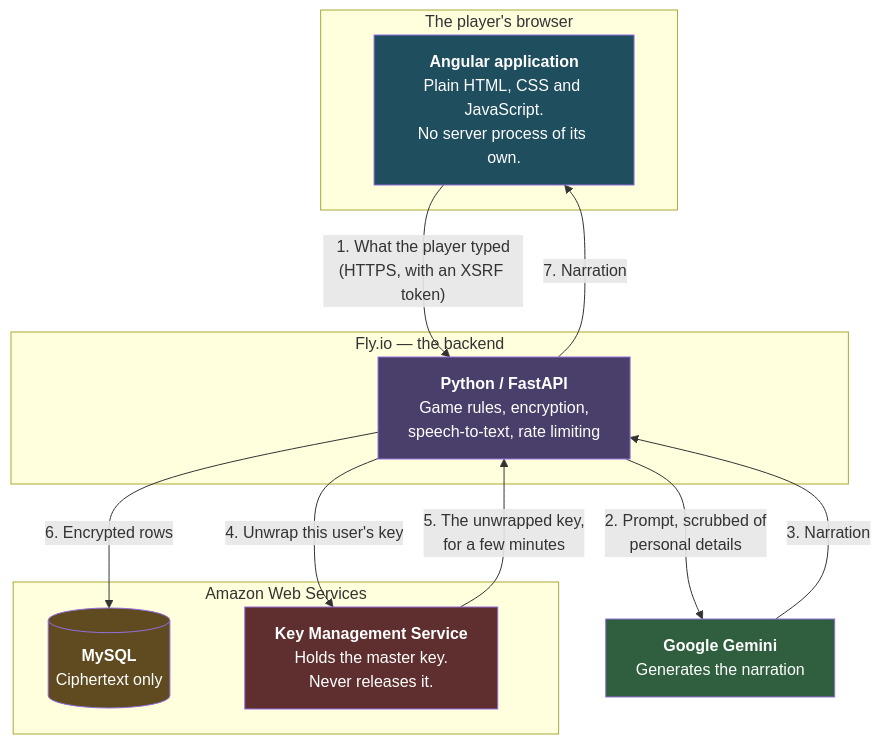
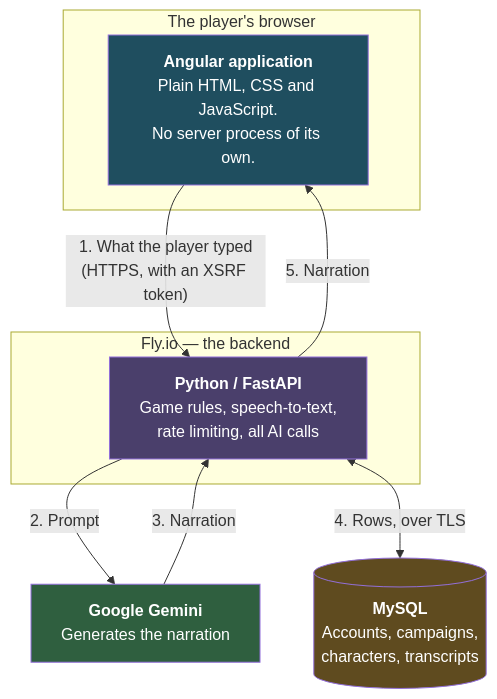
Before and after one commit to alvarexander/ai-dungeon-master: the first of 7 diagrams in ARCHITECTURE.md, drawn with Mermaid. The commit also changed other lines of this file and 77 other files, not shown here.

````diff
--- a/ARCHITECTURE.md
+++ b/ARCHITECTURE.md
@@ -20,31 +20,24 @@
 ```mermaid
 graph TB
     subgraph browser["The player's browser"]
         NG["<b>Angular application</b><br/>Plain HTML, CSS and JavaScript.<br/>No server process of its own."]
     end
 
     subgraph fly["Fly.io — the backend"]
-        API["<b>Python / FastAPI</b><br/>Game rules, encryption,<br/>speech-to-text, rate limiting"]
+        API["<b>Python / FastAPI</b><br/>Game rules, speech-to-text,<br/>rate limiting, all AI calls"]
     end
 
-    subgraph aws["Amazon Web Services"]
-        RDS[("<b>MySQL</b><br/>Ciphertext only")]
-        KMS["<b>Key Management Service</b><br/>Holds the master key.<br/>Never releases it."]
-    end
-
+    DB[("<b>MySQL</b><br/>Accounts, campaigns,<br/>characters, transcripts")]
     GEM["<b>Google Gemini</b><br/>Generates the narration"]
 
     NG -->|"1. What the player typed<br/>(HTTPS, with an XSRF token)"| API
-    API -->|"2. Prompt, scrubbed of<br/>personal details"| GEM
+    API -->|"2. Prompt"| GEM
     GEM -->|"3. Narration"| API
-    API -->|"4. Unwrap this user's key"| KMS
-    KMS -->|"5. The unwrapped key,<br/>for a few minutes"| API
-    API -->|"6. Encrypted rows"| RDS
-    API -->|"7. Narration"| NG
+    API <-->|"4. Rows, over TLS"| DB
+    API -->|"5. Narration"| NG
 
     style NG fill:#1f4e5f,color:#fff
     style API fill:#4a3f6b,color:#fff
-    style RDS fill:#5f4b1f,color:#fff
-    style KMS fill:#5f2f2f,color:#fff
+    style DB fill:#5f4b1f,color:#fff
     style GEM fill:#2f5f3f,color:#fff
 ```
````
